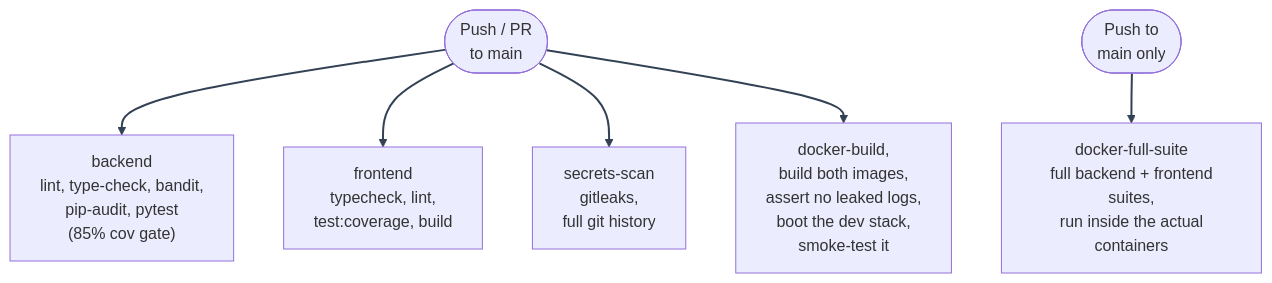
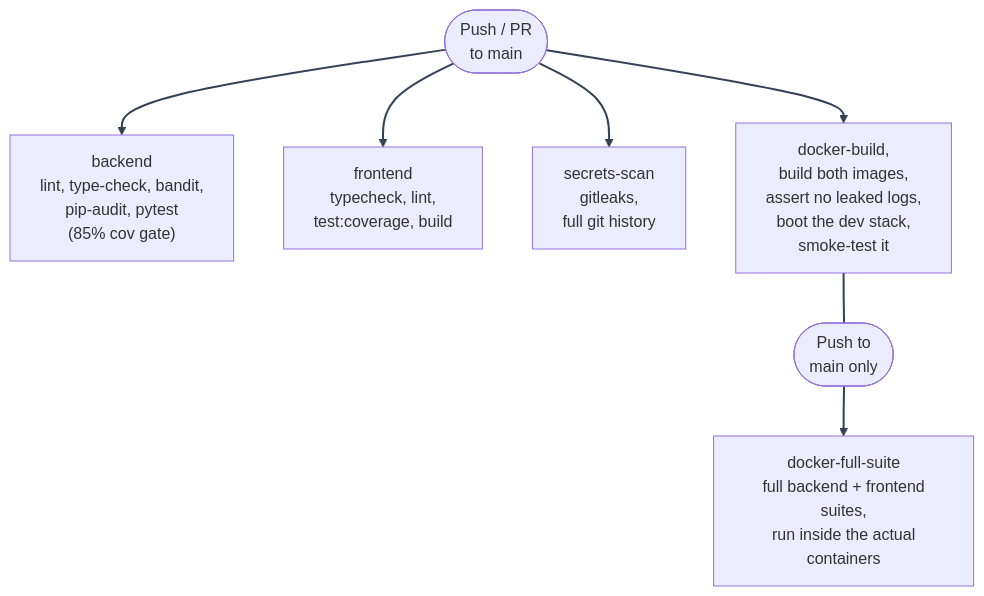
The diagram in docs/mystic_auth/cicd/overview.md (Nachiket-2024/mystic-auth), drawn with Mermaid before and after one commit. The commit also changed other lines of this file and 708 other files, not shown here.

````diff
--- a/docs/mystic_auth/cicd/overview.md
+++ b/docs/mystic_auth/cicd/overview.md
@@ -15,13 +15,13 @@
 ```mermaid
 %%{init: {"themeVariables": {"lineColor": "#334155"}} }%%
 flowchart TD
-    Trigger(["Push / PR<br/> to main"])
-    TriggerMain(["Push to<br/> main only"])
-
-    Trigger --> Backend["backend<br/> lint, type-check, bandit,<br/> pip-audit, pytest<br/> (85% cov gate)"]
-    Trigger --> Frontend["frontend<br/> typecheck, lint,<br/> test:coverage, build"]
-    Trigger --> Secrets["secrets-scan<br/> gitleaks,<br/> full git history"]
-    Trigger --> DockerBuild["docker-build,<br/> build both images,<br/> assert no leaked logs,<br/> boot the dev stack,<br/> smoke-test it"]
-    TriggerMain --> DockerFullSuite["docker-full-suite<br/> full backend + frontend suites,<br/> run inside the actual containers"]
+    Trigger(["Push / PR\n to main"])
+    TriggerMain(["Push to\n main only"])
+    Trigger --> Backend["backend\n lint, type-check, bandit,\n pip-audit, pytest\n (85% cov gate)"]
+    Trigger --> Frontend["frontend\n typecheck, lint,\n test:coverage, build"]
+    Trigger --> Secrets["secrets-scan\n gitleaks,\n full git history"]
+    Trigger --> DockerBuild["docker-build,\n build both images,\n assert no leaked logs,\n boot the dev stack,\n smoke-test it"]
+    DockerBuild ~~~ TriggerMain
+    TriggerMain --> DockerFullSuite["docker-full-suite\n full backend + frontend suites,\n run inside the actual containers"]
     linkStyle default stroke:#334155,stroke-width:2px
 ```
````
